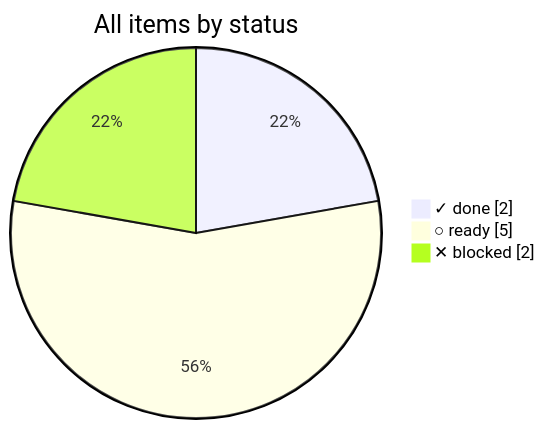
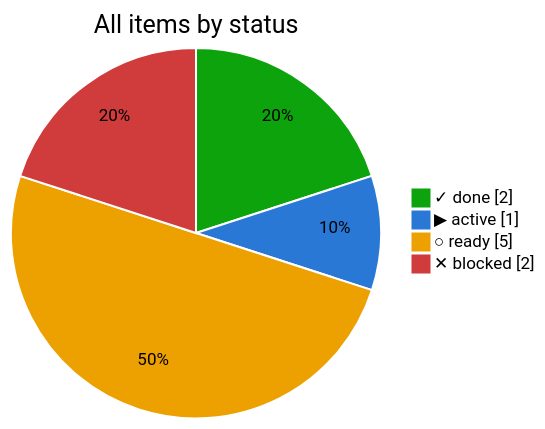
One commit to bvraghav/pmtrack changed the second of 4 diagrams in progress/README.md. Above: the diagram before and after it, drawn with Mermaid. The commit also changed other lines of this file and 7 other files, not shown here.

````diff
--- a/progress/README.md
+++ b/progress/README.md
@@ -20,6 +21,8 @@
 ```mermaid
+%%{init: {"themeVariables": {"pie1": "#0ca30c", "pie2": "#2a78d6", "pie3": "#eda100", "pie4": "#d03b3b", "pieOpacity": "1", "pieSectionTextColor": "#000", "pieStrokeColor": "#fff", "pieStrokeWidth": "2px", "pieOuterStrokeWidth": "0px"}}}%%
 pie showData title All items by status
   "✓ done" : 2
+  "▶ active" : 1
   "○ ready" : 5
   "✕ blocked" : 2
 ```
````
